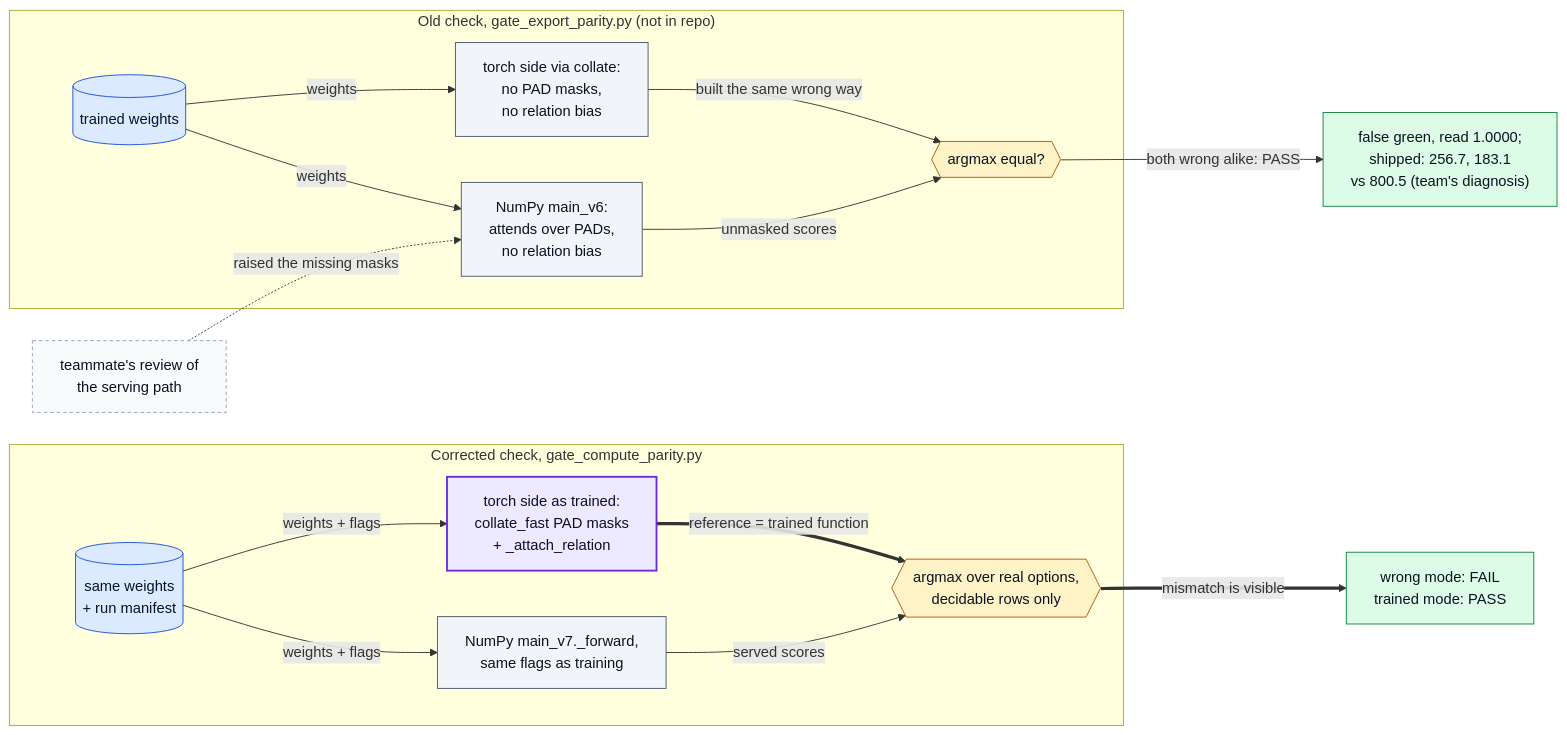
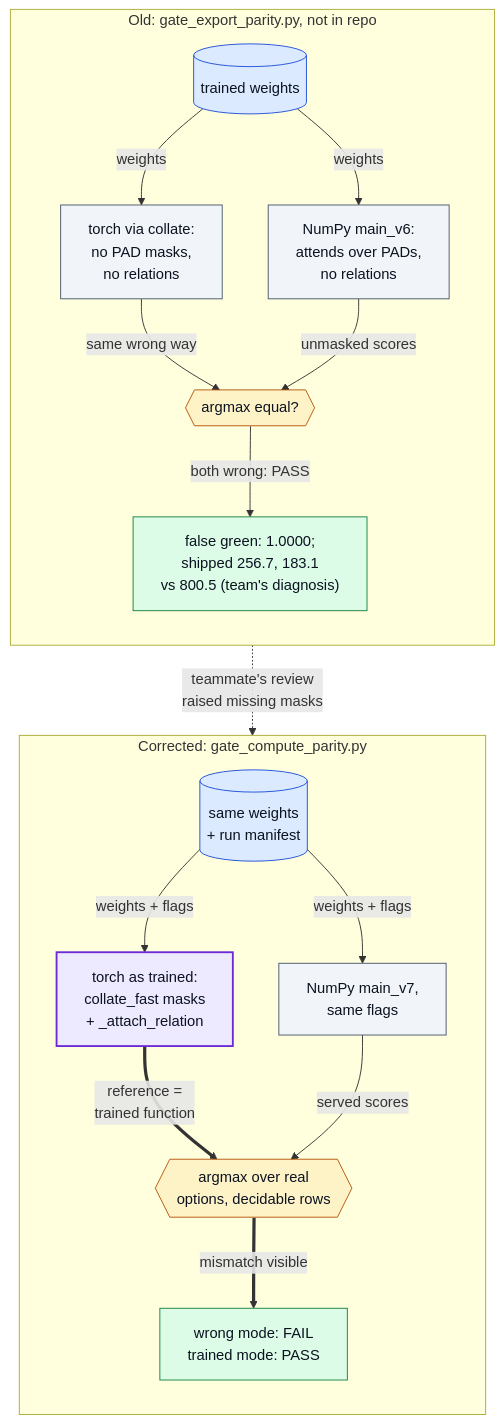
One commit to oscar-chw/ptcg-ai-battle changed the second of 3 diagrams in README.md. Above: the diagram before and after it, drawn with Mermaid. The commit also changed other lines of this file and 2 other files, not shown here.

Commit message:
docs: make diagrams legible at README width

````diff
--- a/README.md
+++ b/README.md
@@ -114,42 +110,42 @@
 ```mermaid
-flowchart LR
-  REV["teammate's review of<br/>the serving path"]
-  subgraph OLD["Old check, gate_export_parity.py (not in repo)"]
+flowchart TB
+  subgraph OLD["Old: gate_export_parity.py, not in repo"]
+    direction TB
     W1[("trained weights")]
-    T1["torch side via collate:<br/>no PAD masks,<br/>no relation bias"]
-    N1["NumPy main_v6:<br/>attends over PADs,<br/>no relation bias"]
+    T1["torch via collate:<br/>no PAD masks,<br/>no relations"]
+    N1["NumPy main_v6:<br/>attends over PADs,<br/>no relations"]
     C1{{"argmax equal?"}}
+    FG["false green: 1.0000;<br/>shipped 256.7, 183.1<br/>vs 800.5 (team's diagnosis)"]
   end
-  subgraph NEW["Corrected check, gate_compute_parity.py"]
+  subgraph NEW["Corrected: gate_compute_parity.py"]
+    direction TB
     W2[("same weights<br/>+ run manifest")]
-    T2["torch side as trained:<br/>collate_fast PAD masks<br/>+ _attach_relation"]
-    N2["NumPy main_v7._forward,<br/>same flags as training"]
-    C2{{"argmax over real options,<br/>decidable rows only"}}
+    T2["torch as trained:<br/>collate_fast masks<br/>+ _attach_relation"]
+    N2["NumPy main_v7,<br/>same flags"]
+    C2{{"argmax over real<br/>options, decidable rows"}}
+    CAUGHT["wrong mode: FAIL<br/>trained mode: PASS"]
   end
-  FG["false green, read 1.0000;<br/>shipped: 256.7, 183.1<br/>vs 800.5 (team's diagnosis)"]
-  CAUGHT["wrong mode: FAIL<br/>trained mode: PASS"]
   W1 -->|"weights"| T1
   W1 -->|"weights"| N1
-  T1 -->|"built the same wrong way"| C1
+  T1 -->|"same wrong way"| C1
   N1 -->|"unmasked scores"| C1
-  C1 -->|"both wrong alike: PASS"| FG
+  C1 -->|"both wrong: PASS"| FG
   W2 -->|"weights + flags"| T2
   W2 -->|"weights + flags"| N2
-  T2 ==>|"reference = trained function"| C2
+  T2 ==>|"reference =<br/>trained function"| C2
   N2 -->|"served scores"| C2
-  C2 ==>|"mismatch is visible"| CAUGHT
-  REV -.->|"raised the missing masks"| N1
+  C2 ==>|"mismatch visible"| CAUGHT
+  FG -.->|"teammate's review<br/>raised missing masks"| W2
 
   classDef data fill:#dbeafe,stroke:#1d4ed8,color:#0b1220
   classDef step fill:#f1f5f9,stroke:#475569,color:#0b1220
   classDef gate fill:#fef3c7,stroke:#b45309,color:#0b1220
   classDef out  fill:#dcfce7,stroke:#15803d,color:#0b1220
   classDef ext  fill:#f8fafc,stroke:#94a3b8,color:#0b1220,stroke-dasharray:4 3
   classDef key  fill:#ede9fe,stroke:#6d28d9,color:#0b1220,stroke-width:2px
   class W1,W2 data
   class N1,N2,T1 step
   class T2 key
   class C1,C2 gate
   class FG,CAUGHT out
-  class REV ext
 ```
````
